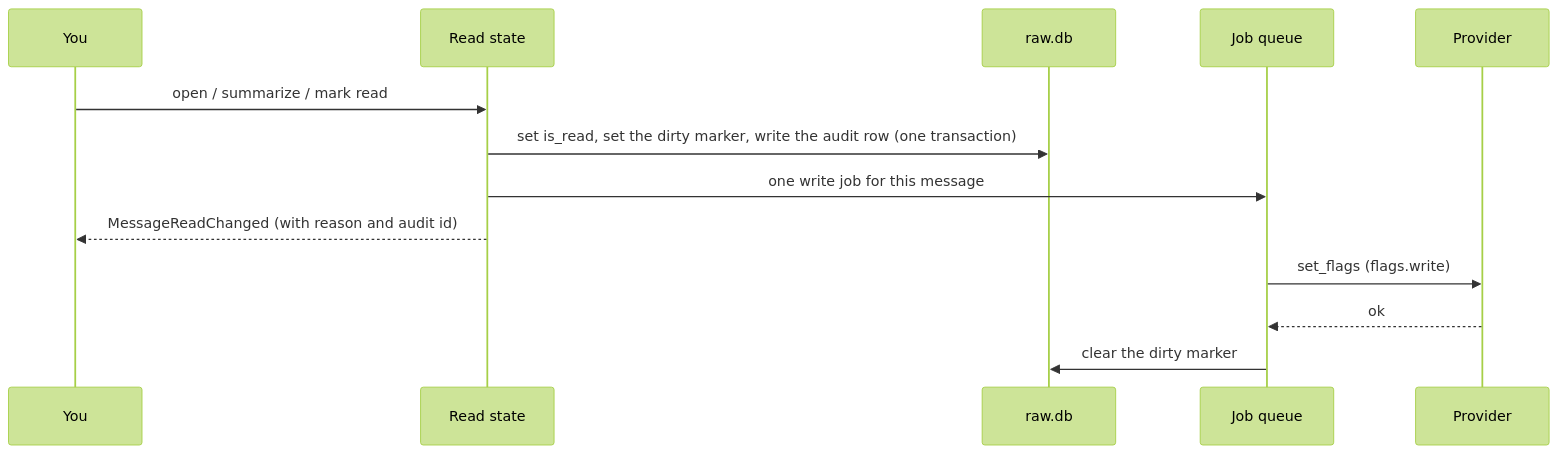
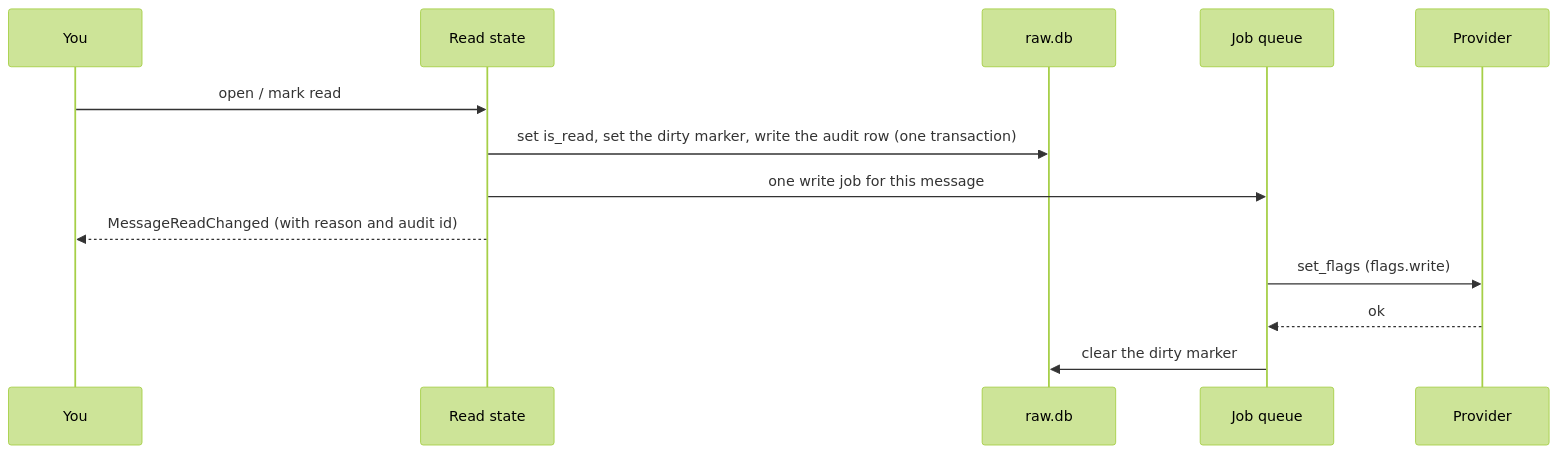
Before and after one commit to dfoulks1/oaken-mail: the diagram in docs/architecture/read-state.md, drawn with Mermaid (forest theme). The commit also changed other lines of this file and 75 other files, not shown here.

````diff
--- a/docs/architecture/read-state.md
+++ b/docs/architecture/read-state.md
@@ -36,15 +36,15 @@
 ```mermaid
 sequenceDiagram
     participant U as You
     participant R as Read state
     participant D as raw.db
     participant Q as Job queue
     participant P as Provider
-    U->>R: open / summarize / mark read
+    U->>R: open / mark read
     R->>D: set is_read, set the dirty marker, write the audit row (one transaction)
     R->>Q: one write job for this message
     R-->>U: MessageReadChanged (with reason and audit id)
     Q->>P: set_flags (flags.write)
     P-->>Q: ok
     Q->>D: clear the dirty marker
 ```
````
